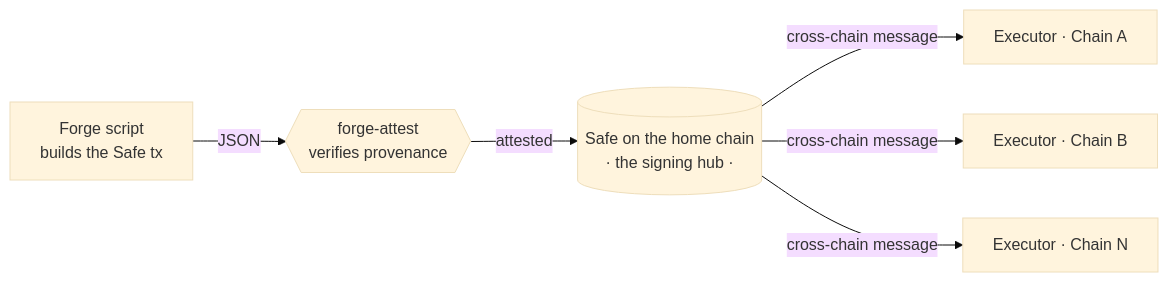
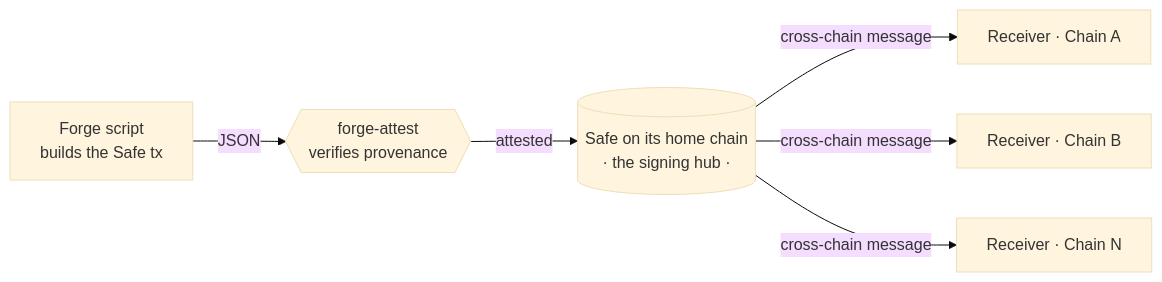
One commit to crossecute/.github changed the diagram in profile/README.md. Above: the diagram before and after it, drawn with Mermaid (base theme). The commit also changed other lines of this file, not shown here.

First line of the commit message:
docs(profile): each account picks its home chain

````diff
--- a/profile/README.md
+++ b/profile/README.md
@@ -31,8 +33,8 @@
 ```mermaid
 flowchart LR
   script["Forge script<br/>builds the Safe tx"] -->|JSON| attest{{"forge-attest<br/>verifies provenance"}}
-  attest -->|attested| safe[("Safe on the home chain<br/>· the signing hub ·")]
-  safe -->|cross-chain message| a["Executor · Chain A"]
-  safe -->|cross-chain message| b["Executor · Chain B"]
-  safe -->|cross-chain message| n["Executor · Chain N"]
+  attest -->|attested| safe[("Safe on its home chain<br/>· the signing hub ·")]
+  safe -->|cross-chain message| a["Receiver · Chain A"]
+  safe -->|cross-chain message| b["Receiver · Chain B"]
+  safe -->|cross-chain message| n["Receiver · Chain N"]
 ```
````
